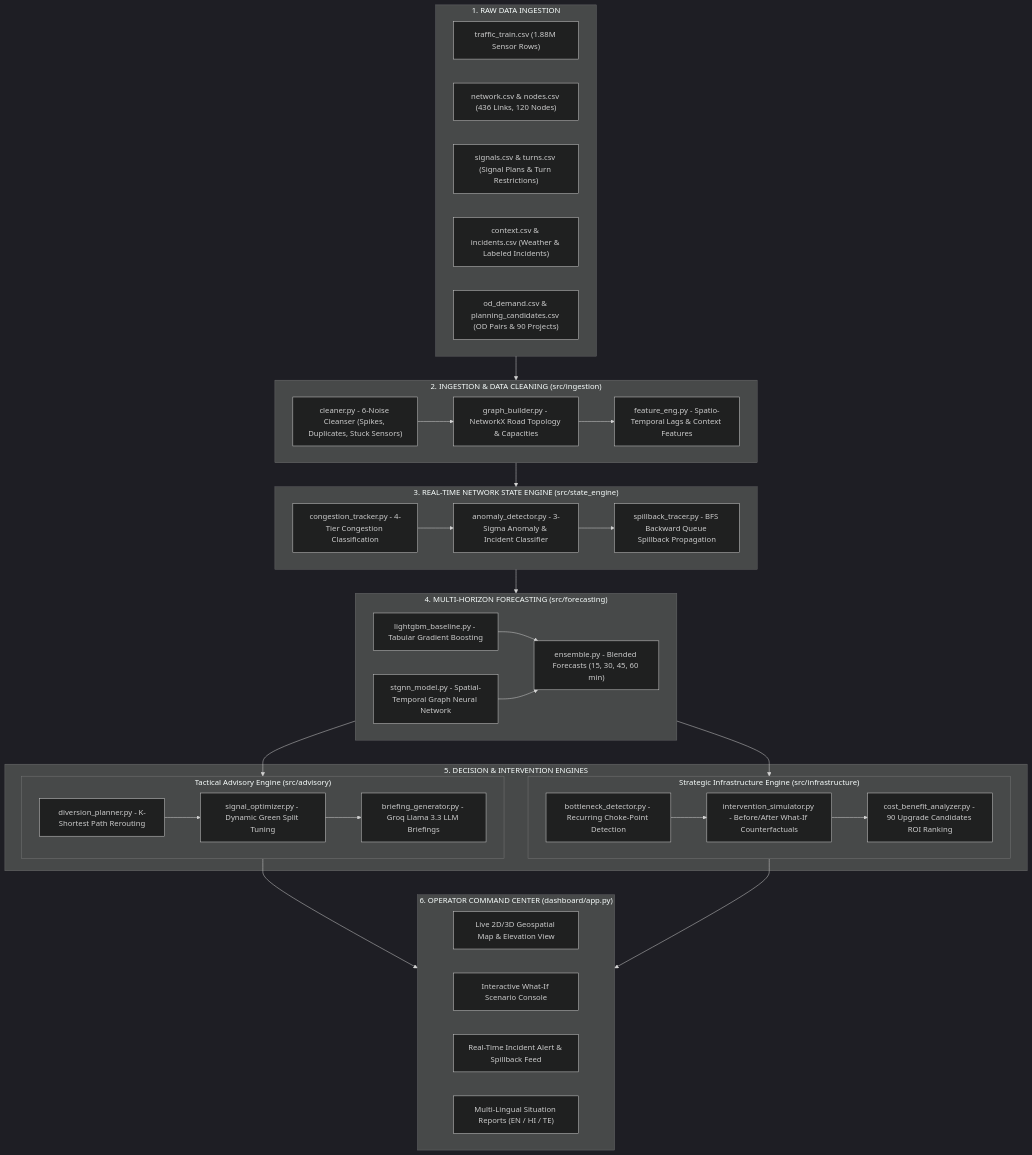
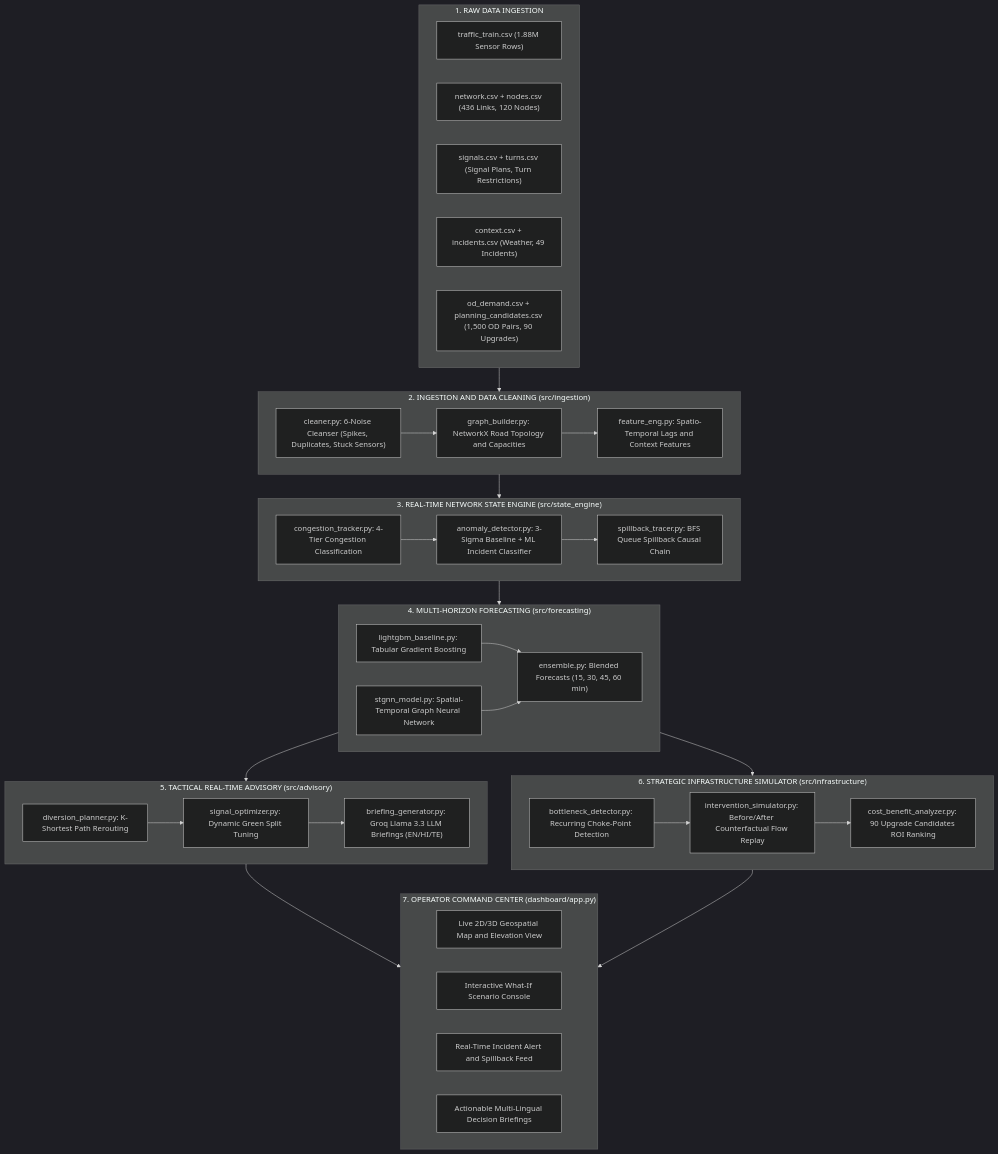
Before and after one commit to nikki-nooka/Neura-X-AI-Hackathaon: the diagram in README.md, drawn with Mermaid (dark theme).

Commit message:
📐 Docs: Ensure bulletproof Mermaid flowchart rendering
- Removed nested subgraphs and reserved '&' characters from labels
- Flat 7-stage hierarchy for 100% universal rendering across all GitHub views

````diff
--- a/README.md
+++ b/README.md
@@ -102,64 +102,62 @@
 ```mermaid
 flowchart TD
     subgraph S0["1. RAW DATA INGESTION"]
         D1["traffic_train.csv (1.88M Sensor Rows)"]
-        D2["network.csv & nodes.csv (436 Links, 120 Nodes)"]
-        D3["signals.csv & turns.csv (Signal Plans & Turn Restrictions)"]
-        D4["context.csv & incidents.csv (Weather & Labeled Incidents)"]
-        D5["od_demand.csv & planning_candidates.csv (OD Pairs & 90 Projects)"]
+        D2["network.csv + nodes.csv (436 Links, 120 Nodes)"]
+        D3["signals.csv + turns.csv (Signal Plans, Turn Restrictions)"]
+        D4["context.csv + incidents.csv (Weather, 49 Incidents)"]
+        D5["od_demand.csv + planning_candidates.csv (1,500 OD Pairs, 90 Upgrades)"]
     end
 
-    subgraph S1["2. INGESTION & DATA CLEANING (src/ingestion)"]
-        C1["cleaner.py - 6-Noise Cleanser (Spikes, Duplicates, Stuck Sensors)"]
-        C2["graph_builder.py - NetworkX Road Topology & Capacities"]
-        C3["feature_eng.py - Spatio-Temporal Lags & Context Features"]
+    subgraph S1["2. INGESTION AND DATA CLEANING (src/ingestion)"]
+        C1["cleaner.py: 6-Noise Cleanser (Spikes, Duplicates, Stuck Sensors)"]
+        C2["graph_builder.py: NetworkX Road Topology and Capacities"]
+        C3["feature_eng.py: Spatio-Temporal Lags and Context Features"]
         C1 --> C2 --> C3
     end
 
     subgraph S2["3. REAL-TIME NETWORK STATE ENGINE (src/state_engine)"]
-        T1["congestion_tracker.py - 4-Tier Congestion Classification"]
-        T2["anomaly_detector.py - 3-Sigma Anomaly & Incident Classifier"]
-        T3["spillback_tracer.py - BFS Backward Queue Spillback Propagation"]
+        T1["congestion_tracker.py: 4-Tier Congestion Classification"]
+        T2["anomaly_detector.py: 3-Sigma Baseline + ML Incident Classifier"]
+        T3["spillback_tracer.py: BFS Queue Spillback Causal Chain"]
         T1 --> T2 --> T3
     end
 
     subgraph S3["4. MULTI-HORIZON FORECASTING (src/forecasting)"]
-        F1["lightgbm_baseline.py - Tabular Gradient Boosting"]
-        F2["stgnn_model.py - Spatial-Temporal Graph Neural Network"]
-        F3["ensemble.py - Blended Forecasts (15, 30, 45, 60 min)"]
+        F1["lightgbm_baseline.py: Tabular Gradient Boosting"]
+        F2["stgnn_model.py: Spatial-Temporal Graph Neural Network"]
+        F3["ensemble.py: Blended Forecasts (15, 30, 45, 60 min)"]
         F1 --> F3
         F2 --> F3
     end
 
-    subgraph S4["5. DECISION & INTERVENTION ENGINES"]
-        subgraph S4A["Tactical Advisory Engine (src/advisory)"]
-            A1["diversion_planner.py - K-Shortest Path Rerouting"]
-            A2["signal_optimizer.py - Dynamic Green Split Tuning"]
-            A3["briefing_generator.py - Groq Llama 3.3 LLM Briefings"]
-            A1 --> A2 --> A3
-        end
-
-        subgraph S4B["Strategic Infrastructure Engine (src/infrastructure)"]
-            I1["bottleneck_detector.py - Recurring Choke-Point Detection"]
-            I2["intervention_simulator.py - Before/After What-If Counterfactuals"]
-            I3["cost_benefit_analyzer.py - 90 Upgrade Candidates ROI Ranking"]
-            I1 --> I2 --> I3
-        end
+    subgraph S4["5. TACTICAL REAL-TIME ADVISORY (src/advisory)"]
+        A1["diversion_planner.py: K-Shortest Path Rerouting"]
+        A2["signal_optimizer.py: Dynamic Green Split Tuning"]
+        A3["briefing_generator.py: Groq Llama 3.3 LLM Briefings (EN/HI/TE)"]
+        A1 --> A2 --> A3
     end
 
-    subgraph S5["6. OPERATOR COMMAND CENTER (dashboard/app.py)"]
-        O1["Live 2D/3D Geospatial Map & Elevation View"]
-        O2["Interactive What-If Scenario Console"]
-        O3["Real-Time Incident Alert & Spillback Feed"]
-        O4["Multi-Lingual Situation Reports (EN / HI / TE)"]
+    subgraph S5["6. STRATEGIC INFRASTRUCTURE SIMULATOR (src/infrastructure)"]
+        I1["bottleneck_detector.py: Recurring Choke-Point Detection"]
+        I2["intervention_simulator.py: Before/After Counterfactual Flow Replay"]
+        I3["cost_benefit_analyzer.py: 90 Upgrade Candidates ROI Ranking"]
+        I1 --> I2 --> I3
     end
 
-    %% Hierarchical Pipeline Flow
+    subgraph S6["7. OPERATOR COMMAND CENTER (dashboard/app.py)"]
+        O1["Live 2D/3D Geospatial Map and Elevation View"]
+        O2["Interactive What-If Scenario Console"]
+        O3["Real-Time Incident Alert and Spillback Feed"]
+        O4["Actionable Multi-Lingual Decision Briefings"]
+    end
+
+    %% Hierarchical Flow
     S0 --> S1
     S1 --> S2
     S2 --> S3
-    S3 --> S4A
-    S3 --> S4B
-    S4A --> S5
-    S4B --> S5
+    S3 --> S4
+    S3 --> S5
+    S4 --> S6
+    S5 --> S6
 ```
````
